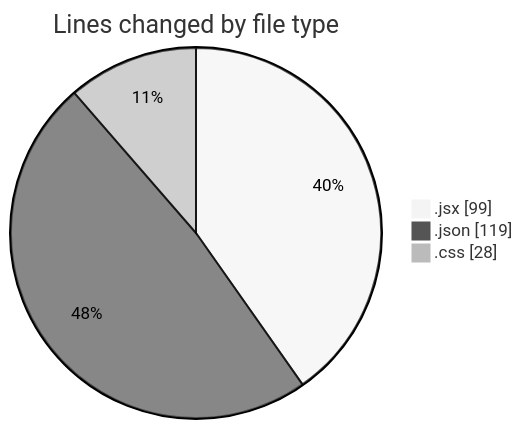
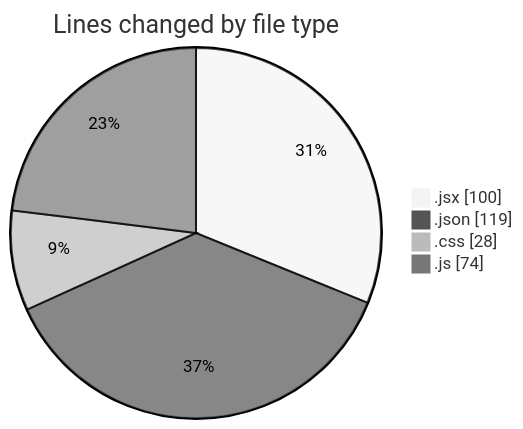
Before and after one commit to Elitesun/code-tracking: the first of 2 diagrams in 2025-01-24/react/README.md, drawn with Mermaid (neutral theme). The commit also changed other lines of this file and 1 other file, not shown here.

````diff
--- a/2025-01-24/react/README.md
+++ b/2025-01-24/react/README.md
@@ -26,7 +28,8 @@
 ```mermaid
 pie showData
 title Lines changed by file type
-".jsx" : 99
+".jsx" : 100
 ".json" : 119
 ".css" : 28
+".js" : 74
 ```
````
